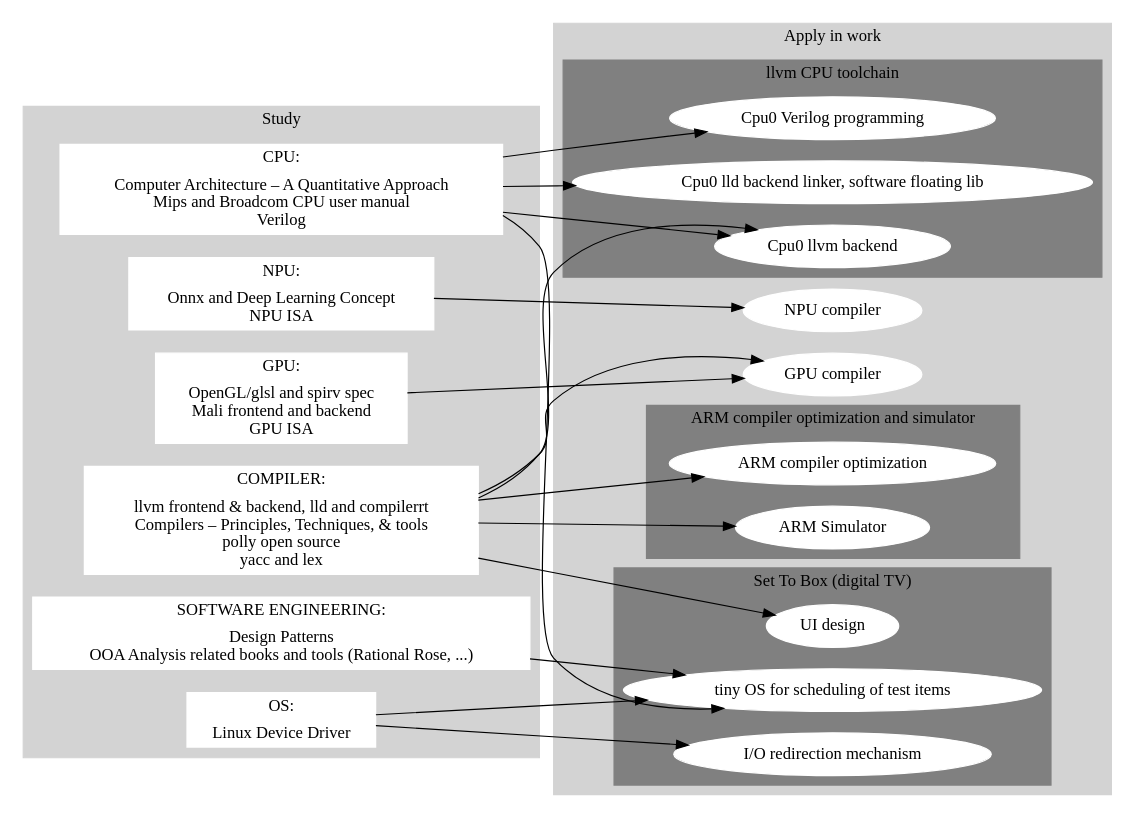
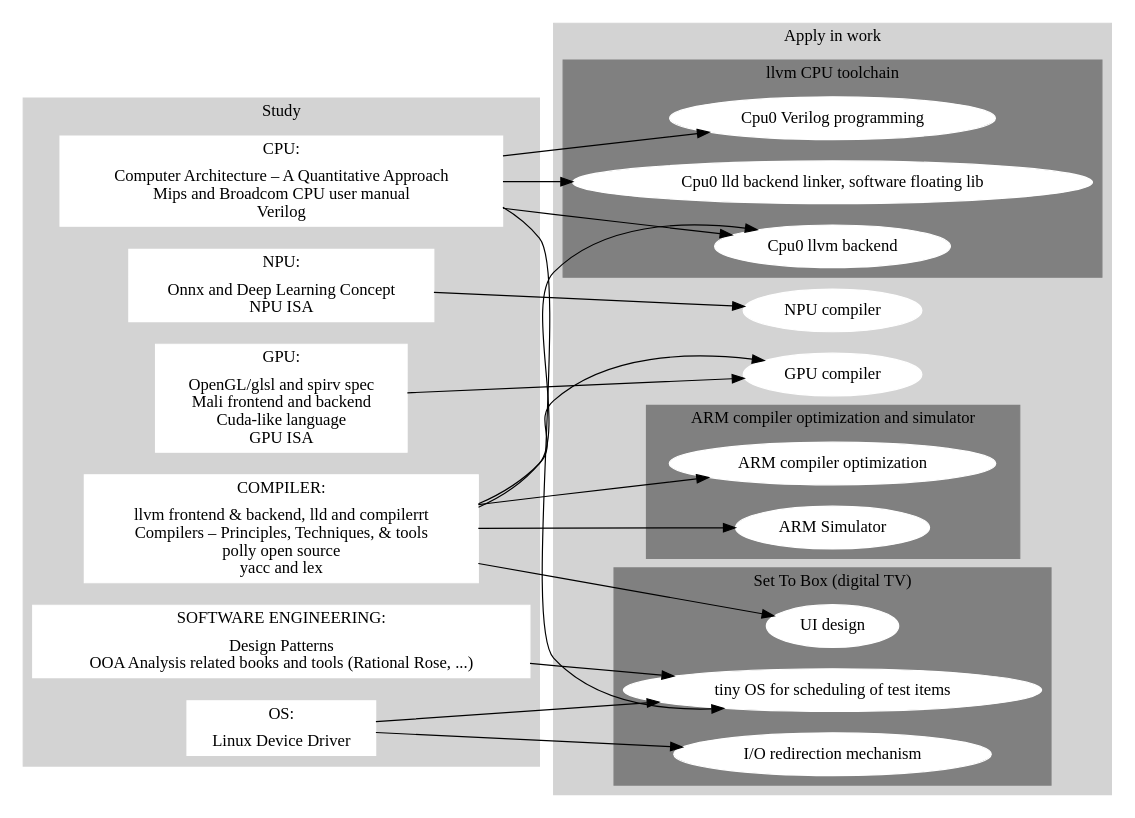
Before and after one commit to Jonathan2251/ws: the diagram in images/study_and_apply.gv, drawn with Graphviz. The commit also changed 4 other files, not shown here.

```diff
--- a/images/study_and_apply.gv
+++ b/images/study_and_apply.gv
@@ -1,62 +1,62 @@
 // Free usage license, author: Chung-Shu Chen 陳鍾樞
 
 digraph G {
 
   rankdir=LR;
   subgraph cluster_0 {
     style=filled;
     label = "Study";
     node [shape=record,style=filled,color=white]; CPU [label="CPU:|Computer Architecture – A Quantitative Approach\nMips and Broadcom CPU user manual\nVerilog"];
-    node [shape=record,style=filled,color=white]; GPU [label="GPU:|OpenGL/glsl and spirv spec\nMali frontend and backend\nGPU ISA"];
+    node [shape=record,style=filled,color=white]; GPU [label="GPU:|OpenGL/glsl and spirv spec\nMali frontend and backend\nCuda-like language\nGPU ISA"];
     node [shape=record,style=filled,color=white]; NPU [label="NPU:|Onnx and Deep Learning Concept\nNPU ISA"];
     node [style=filled,color=white]; COMPILER [label="COMPILER:|llvm frontend & backend, lld and compilerrt\nCompilers – Principles, Techniques, & tools\npolly open source\nyacc and lex"];
     node [style=filled,color=white]; OS [label="OS:|Linux Device Driver"]; 
     node [style=filled,color=white]; "SOFTWARE ENGINEERING" [label="SOFTWARE ENGINEERING:|Design Patterns\nOOA Analysis related books and tools (Rational Rose, ...)"]; 
     color=lightgrey;
   }
   subgraph cluster_1 {
     style=filled;
     color=lightgrey;
     label = "Apply in work";
     subgraph cluster_1_1 {
       color=gray;
       label = "llvm CPU toolchain";
       node [style=filled,color=white]; backend [label="Cpu0 llvm backend"];
       node [style=filled,color=white]; linker [label="Cpu0 lld backend linker, software floating lib"];
       node [style=filled,color=white]; verilog [label="Cpu0 Verilog programming"];
     }
     subgraph cluster_1_2 {
       color=gray;
       label = "ARM compiler optimization and simulator";
       node [style=filled,color=white]; armopt [label="ARM compiler optimization"];
       node [style=filled,color=white]; armsim [label="ARM Simulator"];
     }
     node [style=filled,color=white]; gpucompiler [label="GPU compiler"];
     node [style=filled,color=white]; npucompiler [label="NPU compiler"];
     subgraph cluster_1_3 {
       color=gray;
       label = "Set To Box (digital TV)";
       //node [style=filled,color=white]; codewarrior [label="Find the bug of Code Warrior's compiler"];
       node [style=filled,color=white]; tinyos [label="tiny OS for scheduling of test items"];
       node [style=filled,color=white]; ui [label="UI design"];
       node [style=filled,color=white]; io [label="I/O redirection mechanism"];
     }
   }
   CPU -> verilog;
   //CPU -> codewarrior;
   CPU -> tinyos;
   CPU -> backend;
   CPU -> linker;
   GPU -> gpucompiler;
   NPU -> npucompiler;
   COMPILER -> backend;
   COMPILER -> gpucompiler;
   COMPILER -> armopt;
   COMPILER -> armsim;
   //COMPILER -> codewarrior;
   COMPILER -> ui;
   OS -> tinyos;
   OS -> io;
   "SOFTWARE ENGINEERING" -> tinyos;
 
 }
```
